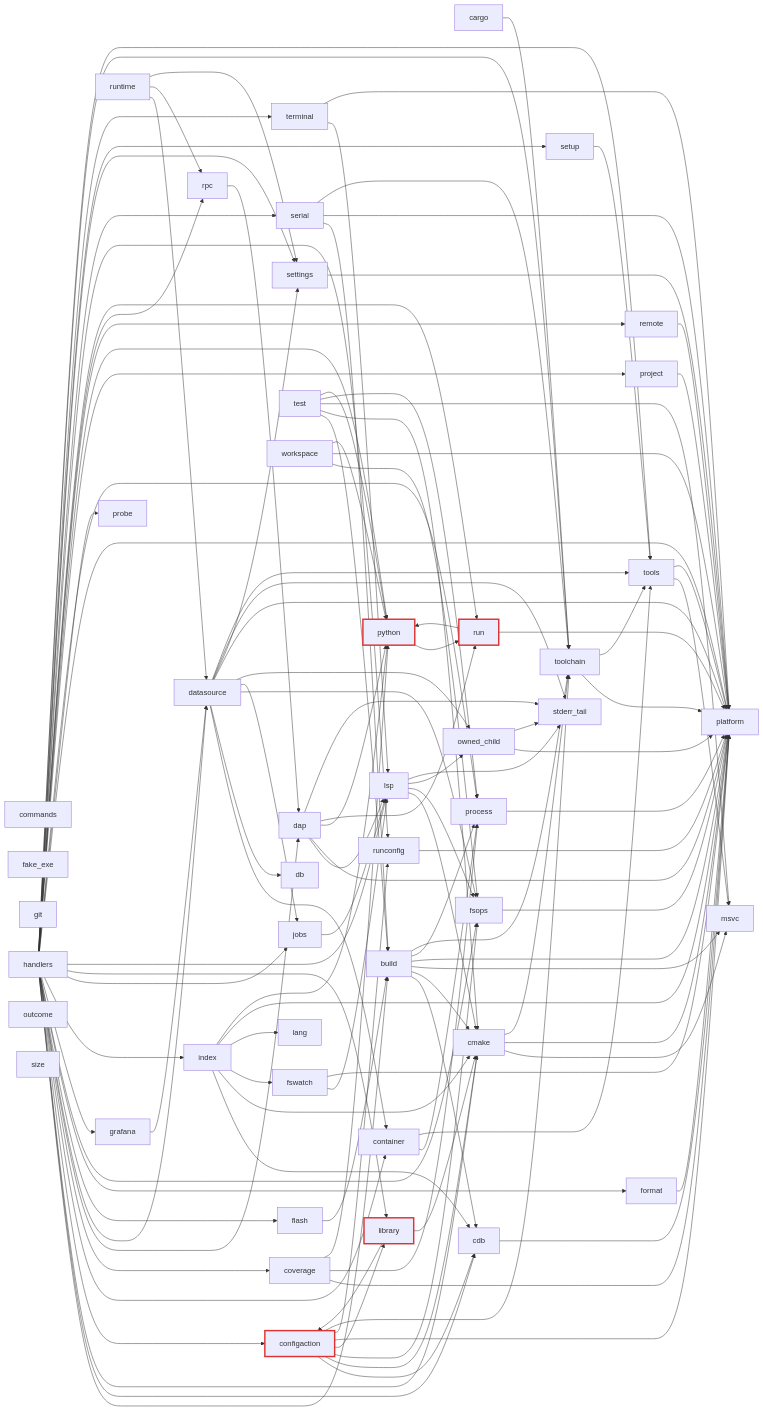
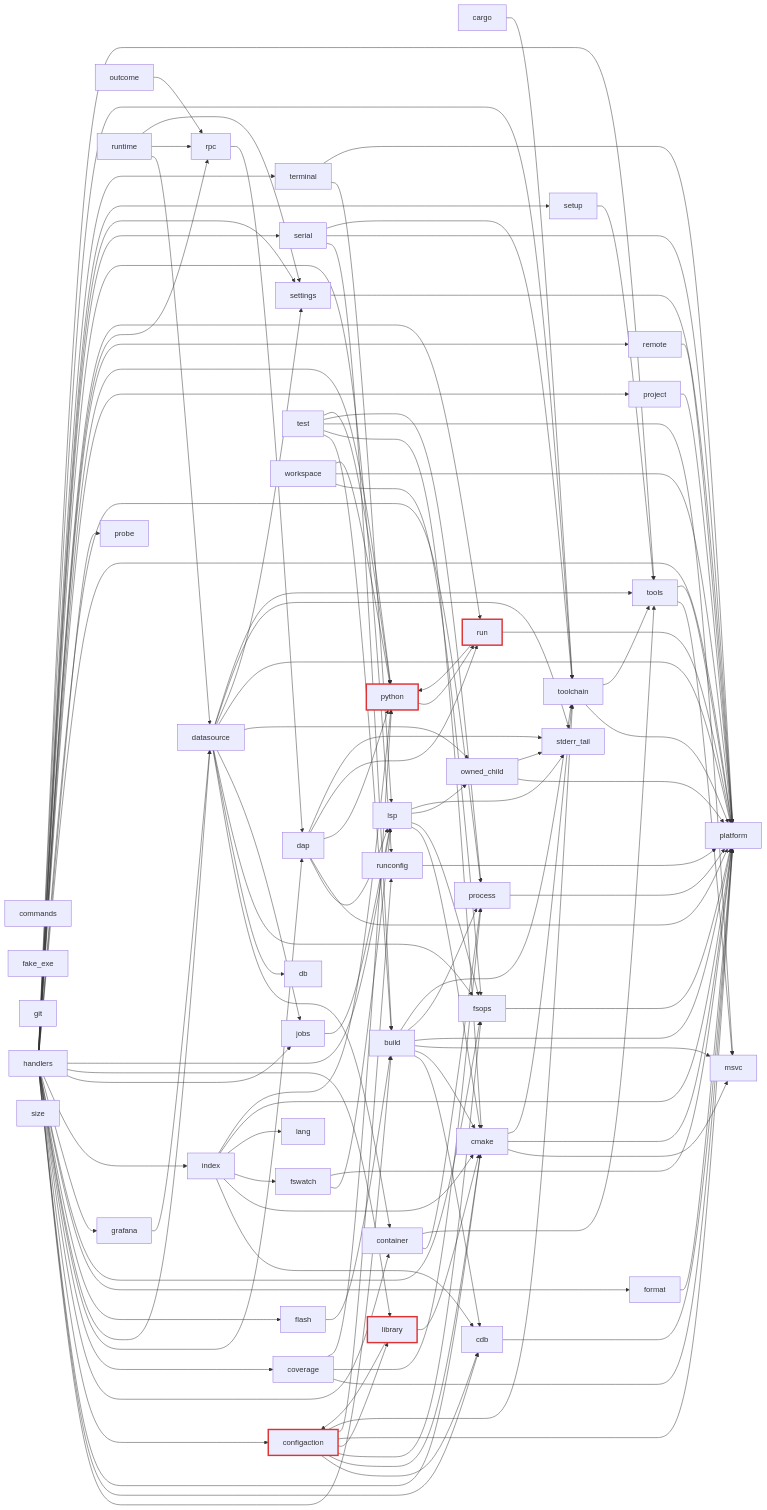
Before and after one commit to ViktorWalde/KineinVectis: the third of 16 diagrams in DocsPublic/arquitetura/01-mapa-de-modulos.md, drawn with Mermaid. The commit also changed other lines of this file and 39 other files, not shown here.

```diff
--- a/DocsPublic/arquitetura/01-mapa-de-modulos.md
+++ b/DocsPublic/arquitetura/01-mapa-de-modulos.md
@@ -227,6 +227,7 @@
   n_core_lsp --> n_core_fsops
   n_core_lsp --> n_core_owned_child
   n_core_lsp --> n_core_stderr_tail
+  n_core_outcome --> n_core_rpc
   n_core_owned_child --> n_core_platform
   n_core_owned_child --> n_core_stderr_tail
   n_core_process --> n_core_platform
```
